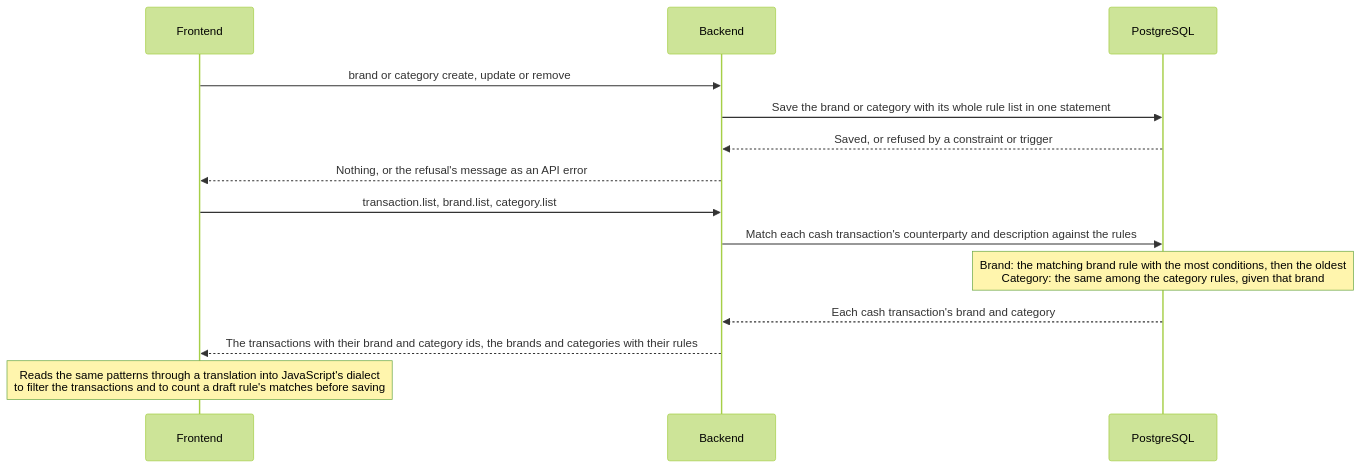
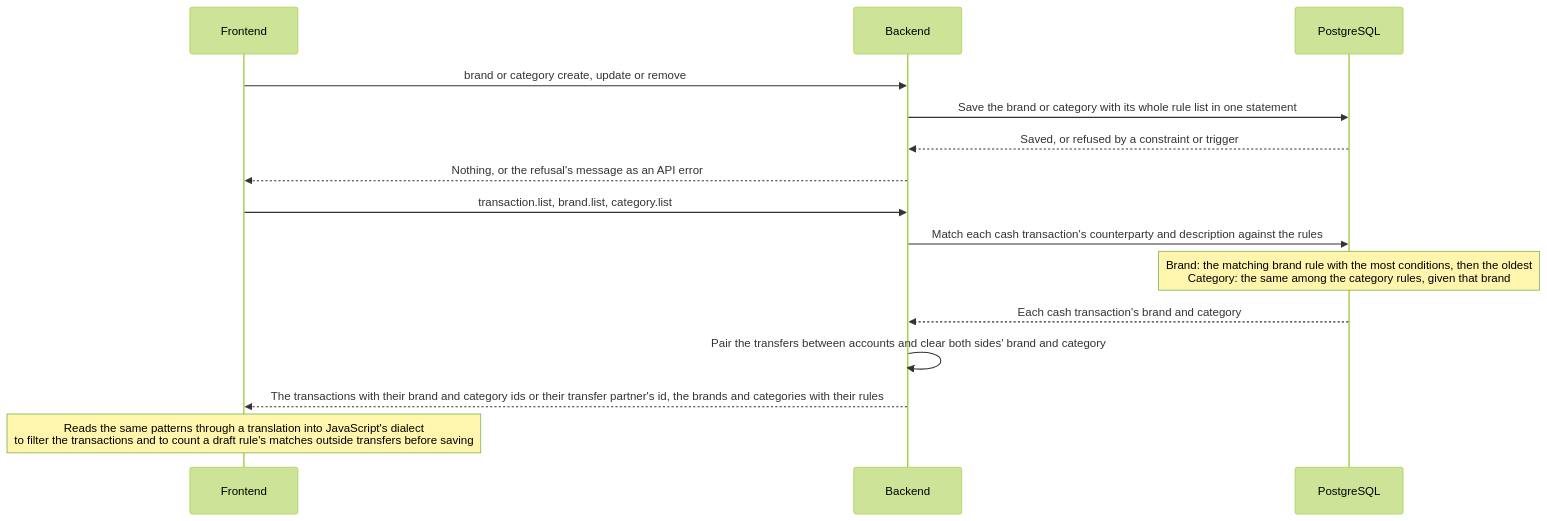
The diagram in docs/contract/rules.md (lennartmoeller/finance-tracker), drawn with Mermaid (forest theme) before and after one commit. The commit also changed 17 other files, not shown here.

Commit message:
feat: show transfers between accounts as one row without brand or category (#58)

````diff
--- a/docs/contract/rules.md
+++ b/docs/contract/rules.md
@@ -3,16 +3,17 @@
 ```mermaid
 sequenceDiagram
   participant FE as Frontend
   participant BE as Backend
   participant DB as PostgreSQL
   FE->>BE: brand or category create, update or remove
   BE->>DB: Save the brand or category with its whole rule list in one statement
   DB-->>BE: Saved, or refused by a constraint or trigger
   BE-->>FE: Nothing, or the refusal's message as an API error
   FE->>BE: transaction.list, brand.list, category.list
   BE->>DB: Match each cash transaction's counterparty and description against the rules
   Note over DB: Brand: the matching brand rule with the most conditions, then the oldest<br/>Category: the same among the category rules, given that brand
   DB-->>BE: Each cash transaction's brand and category
-  BE-->>FE: The transactions with their brand and category ids, the brands and categories with their rules
-  Note over FE: Reads the same patterns through a translation into JavaScript's dialect<br/>to filter the transactions and to count a draft rule's matches before saving
+  BE->>BE: Pair the transfers between accounts and clear both sides' brand and category
+  BE-->>FE: The transactions with their brand and category ids or their transfer partner's id, the brands and categories with their rules
+  Note over FE: Reads the same patterns through a translation into JavaScript's dialect<br/>to filter the transactions and to count a draft rule's matches outside transfers before saving
 ```
````
